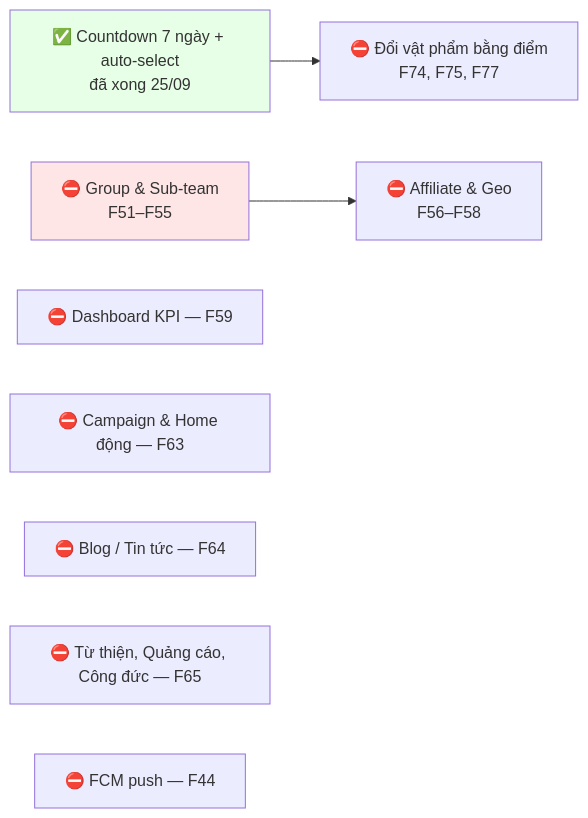
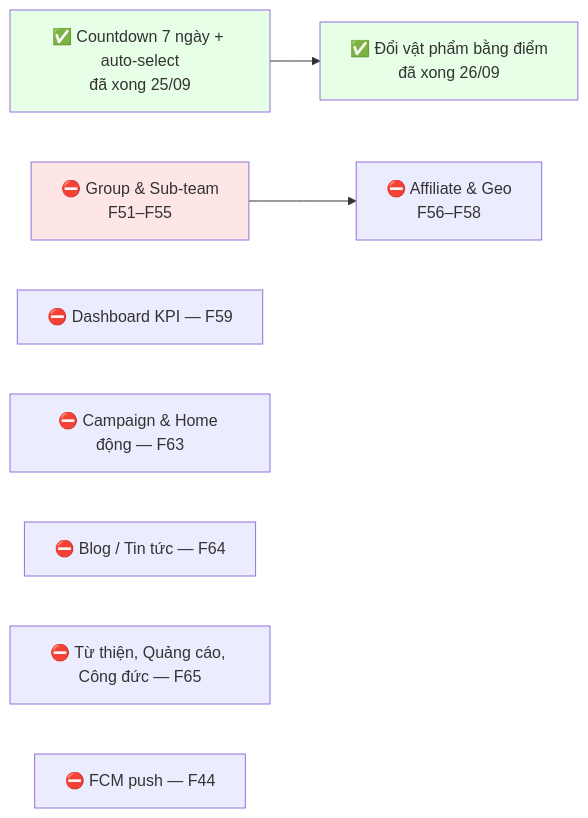
One commit to fdshn/trueheart changed the diagram in docs/diagram/21-open-issues.md. Above: the diagram before and after it, drawn with Mermaid. The commit also changed 22 other files, not shown here.

````diff
--- a/docs/diagram/21-open-issues.md
+++ b/docs/diagram/21-open-issues.md
@@ -96,13 +96,14 @@
 ```mermaid
 flowchart LR
-    A["✅ Countdown 7 ngày + auto-select<br/>đã xong 25/09"] --> B["⛔ Đổi vật phẩm bằng điểm<br/>F74, F75, F77"]
+    A["✅ Countdown 7 ngày + auto-select<br/>đã xong 25/09"] --> B["✅ Đổi vật phẩm bằng điểm<br/>đã xong 26/09"]
     C["⛔ Group & Sub-team<br/>F51–F55"] --> D["⛔ Affiliate & Geo<br/>F56–F58"]
     E["⛔ Dashboard KPI — F59"]
     F["⛔ Campaign & Home động — F63"]
     G["⛔ Blog / Tin tức — F64"]
     H["⛔ Từ thiện, Quảng cáo, Công đức — F65"]
     I["⛔ FCM push — F44"]
 
     style A fill:#e6ffe6
+    style B fill:#e6ffe6
     style C fill:#ffe6e6
 ```
````
